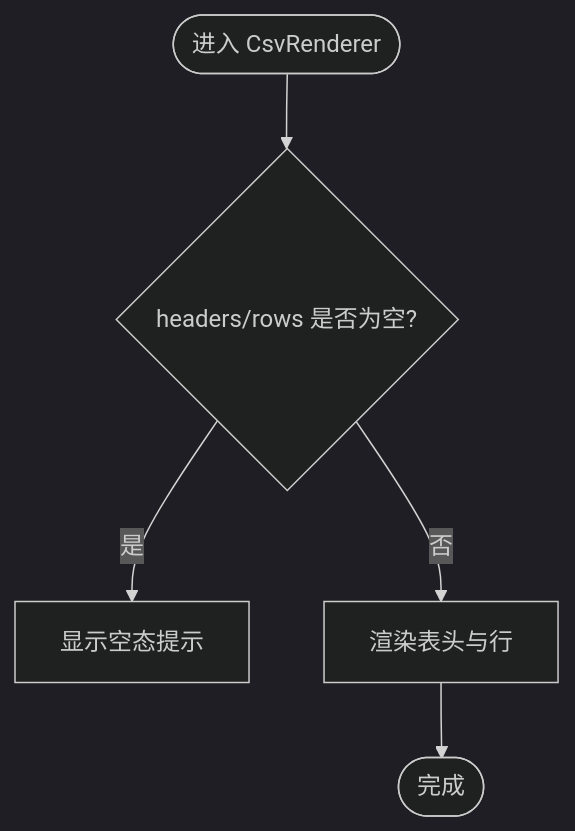
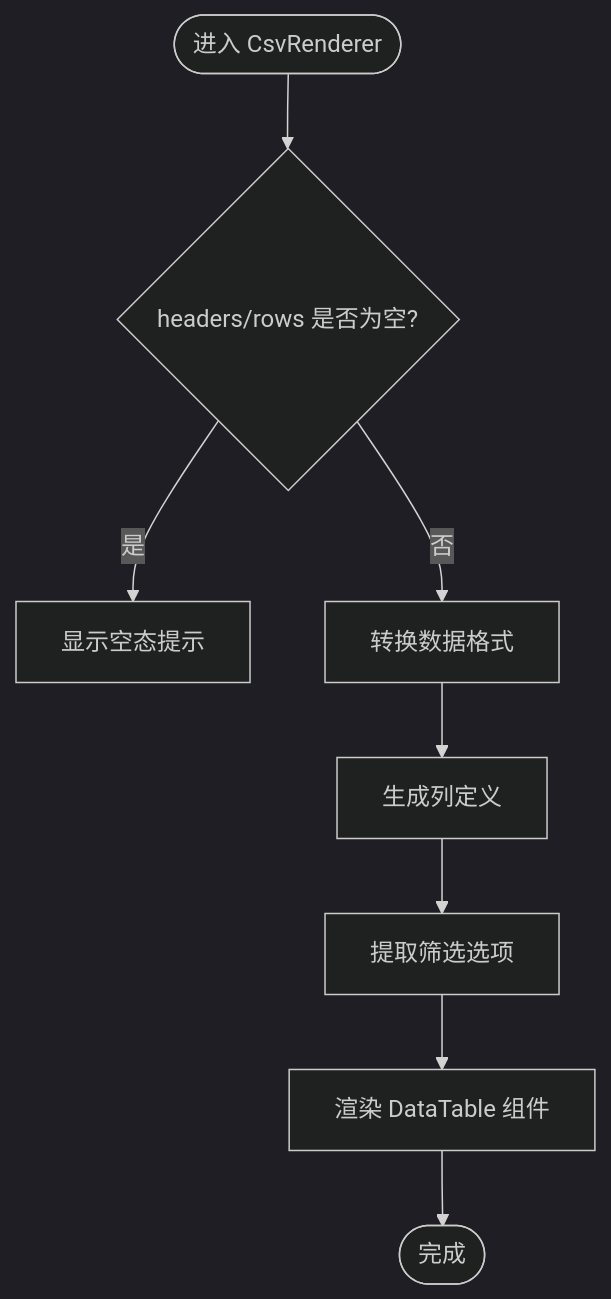
The fourth of 9 diagrams in .qoder/repowiki/zh/content/插件系统/插件开发教程/解析器插件开发/渲染器集成.md (taoweidong/Hello-Tauri), drawn with Mermaid (dark theme) before and after one commit. The commit also changed other lines of this file and 62 other files, not shown here.

````diff
--- a/.qoder/repowiki/zh/content/插件系统/插件开发教程/解析器插件开发/渲染器集成.md
+++ b/.qoder/repowiki/zh/content/插件系统/插件开发教程/解析器插件开发/渲染器集成.md
@@ -213,7 +239,10 @@
 ```mermaid
 flowchart TD
 Start(["进入 CsvRenderer"]) --> CheckEmpty{"headers/rows 是否为空?"}
 CheckEmpty --> |是| Empty["显示空态提示"]
-CheckEmpty --> |否| RenderTable["渲染表头与行"]
-RenderTable --> End(["完成"])
+CheckEmpty --> |否| Transform["转换数据格式"]
+Transform --> Columns["生成列定义"]
+Columns --> FilterOpts["提取筛选选项"]
+FilterOpts --> DataTable["渲染 DataTable 组件"]
+DataTable --> End(["完成"])
 ```
````
